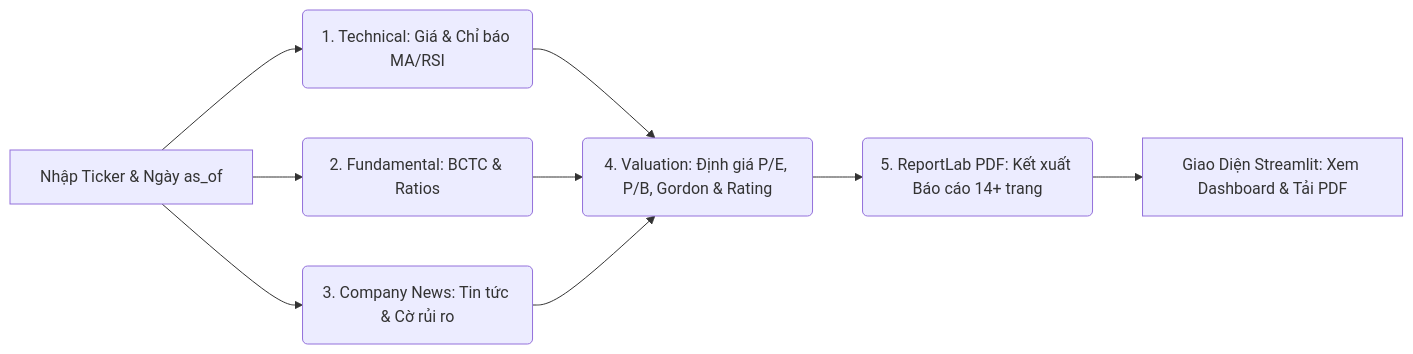
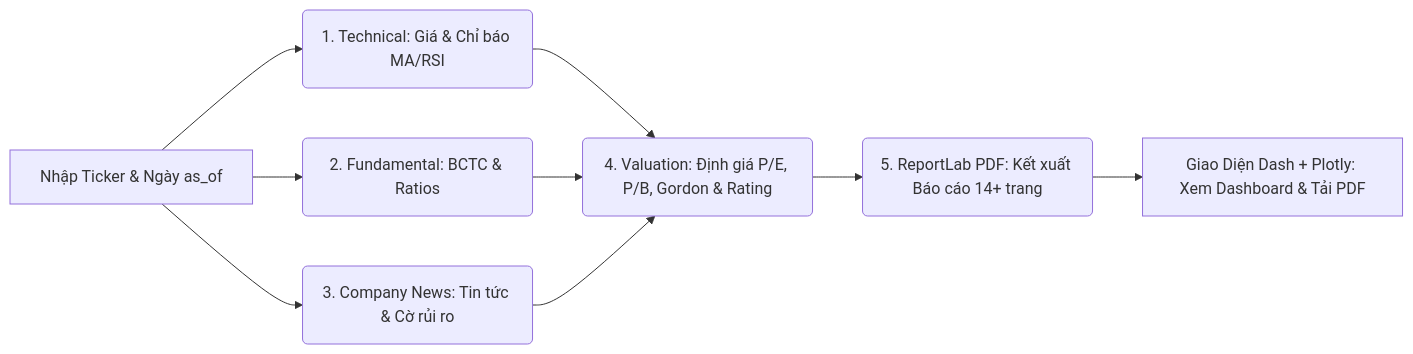
One commit to Quangvtpy06/hethongphantichchungkhoan changed the diagram in README.md. Above: the diagram before and after it, drawn with Mermaid.

Commit message:
Update Streamlit to Dash + Plotly in README

````diff
--- a/README.md
+++ b/README.md
@@ -11,9 +11,9 @@
 ```mermaid
 flowchart LR
     A[Nhập Ticker & Ngày as_of] --> B(1. Technical: Giá & Chỉ báo MA/RSI)
     A --> C(2. Fundamental: BCTC & Ratios)
     A --> D(3. Company News: Tin tức & Cờ rủi ro)
     B & C & D --> E(4. Valuation: Định giá P/E, P/B, Gordon & Rating)
     E --> F(5. ReportLab PDF: Kết xuất Báo cáo 14+ trang)
-    F --> G[Giao Diện Streamlit: Xem Dashboard & Tải PDF]
+    F --> G[Giao Diện Dash + Plotly: Xem Dashboard & Tải PDF]
 ```
````
